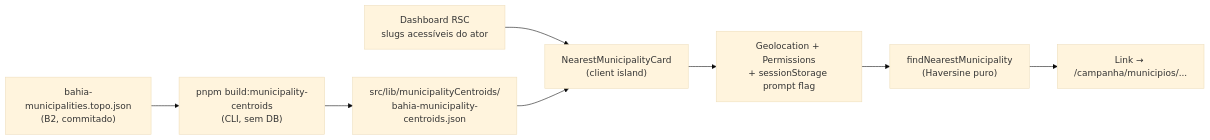
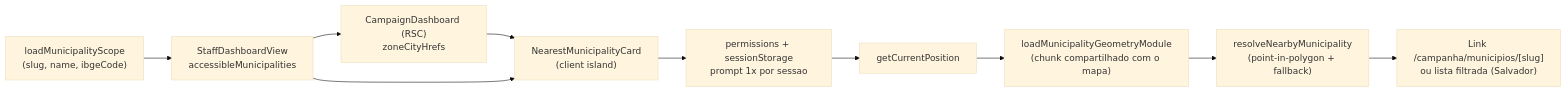
One commit to fsolla/teqo changed the diagram in docs/plans/municipio-mais-proximo.md. Above: the diagram before and after it, drawn with Mermaid (base theme). The commit also changed other lines of this file and 14 other files, not shown here.

First line of the commit message:
B14: municipio mais proximo (atalho geo no Inicio staff)

````diff
--- a/docs/plans/municipio-mais-proximo.md
+++ b/docs/plans/municipio-mais-proximo.md
@@ -69,16 +91,12 @@
 ```mermaid
 flowchart LR
-    Topo["bahia-municipalities.topo.json<br/>(B2, commitado)"]
-    Build["pnpm build:municipality-centroids<br/>(CLI, sem DB)"]
-    Artifact["src/lib/municipalityCentroids/<br/>bahia-municipality-centroids.json"]
-    Scope["Dashboard RSC<br/>slugs acessíveis do ator"]
-    Card["NearestMunicipalityCard<br/>(client island)"]
-    Geo["Geolocation + Permissions<br/>+ sessionStorage prompt flag"]
-    Match["findNearestMunicipality<br/>(Haversine puro)"]
-    Link["Link → /campanha/municipios/..."]
-
-    Topo --> Build --> Artifact
-    Scope --> Card
-    Artifact --> Card
-    Card --> Geo --> Match --> Link
+    Scope["loadMunicipalityScope<br/>(slug, name, ibgeCode)"] --> View["StaffDashboardView<br/>accessibleMunicipalities"]
+    View --> Hrefs["CampaignDashboard (RSC)<br/>zoneCityHrefs"]
+    Hrefs --> Card
+    View --> Card["NearestMunicipalityCard<br/>(client island)"]
+    Card --> Perm["permissions + sessionStorage<br/>prompt 1x por sessao"]
+    Perm --> Fix["getCurrentPosition"]
+    Fix --> Geo["loadMunicipalityGeometryModule<br/>(chunk compartilhado com o mapa)"]
+    Geo --> Resolve["resolveNearbyMunicipality<br/>(point-in-polygon + fallback)"]
+    Resolve --> Link["Link /campanha/municipios/[slug]<br/>ou lista filtrada (Salvador)"]
 ```
````
